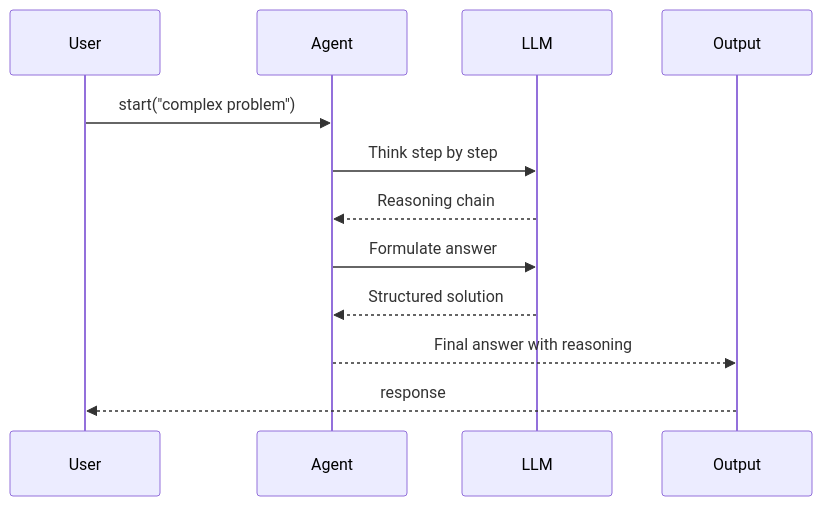
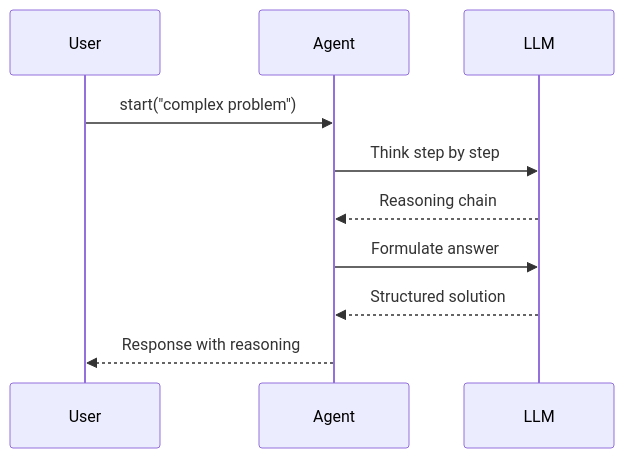
Before and after one commit to MervinPraison/PraisonAIDocs: the second of 2 diagrams in docs/features/reasoning.mdx, drawn with Mermaid. The commit also changed other lines of this file and 4 other files, not shown here.

````diff
--- a/docs/features/reasoning.mdx
+++ b/docs/features/reasoning.mdx
@@ -63,15 +80,13 @@
 ```mermaid
 sequenceDiagram
     participant User
     participant Agent
     participant LLM
-    participant Output
 
     User->>Agent: start("complex problem")
     Agent->>LLM: Think step by step
     LLM-->>Agent: Reasoning chain
     Agent->>LLM: Formulate answer
     LLM-->>Agent: Structured solution
-    Agent-->>Output: Final answer with reasoning
-    Output-->>User: response
+    Agent-->>User: Response with reasoning
 ```
````
